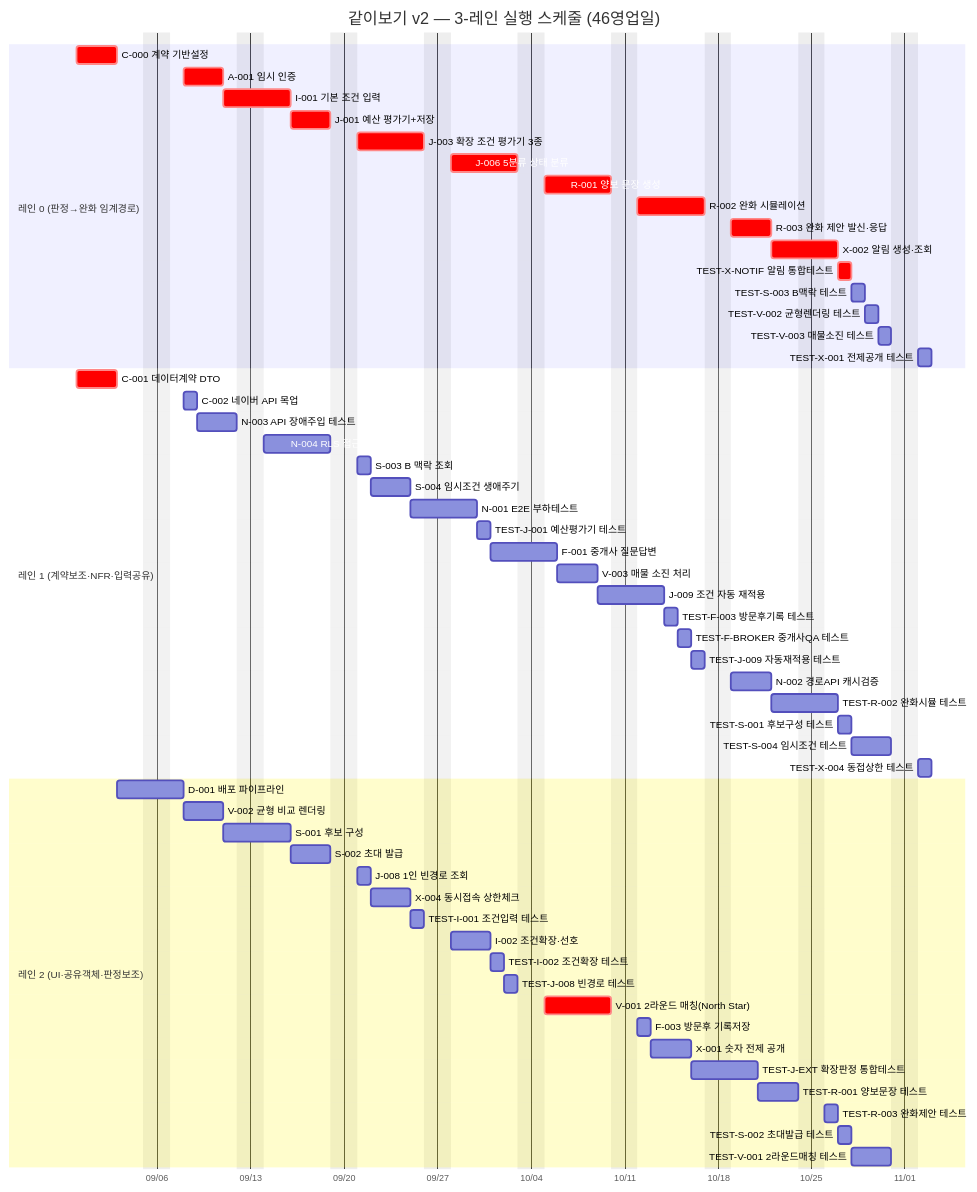
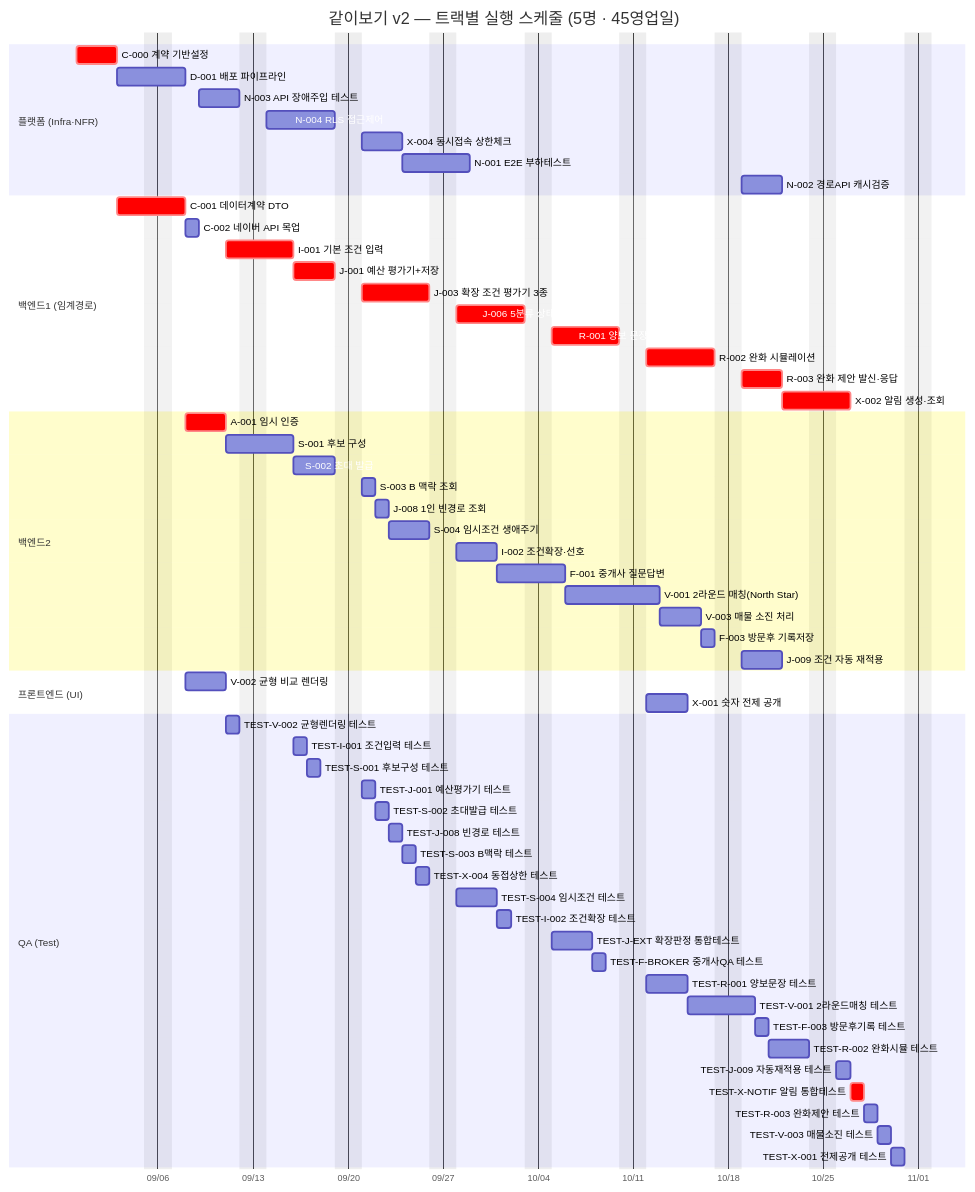
One commit to soobworks/SRS_project changed the fifth of 6 diagrams in SRS_project/tasks/v2/[총괄] 개발 실행 계획.md. Above: the diagram before and after it, drawn with Mermaid. The commit also changed other lines of this file and 1 other file, not shown here.

````diff
--- a/SRS_project/tasks/v2/[총괄] 개발 실행 계획.md
+++ b/SRS_project/tasks/v2/[총괄] 개발 실행 계획.md
@@ -342,65 +326,69 @@
 ```mermaid
 gantt
-    title 같이보기 v2 — 3-레인 실행 스케줄 (46영업일)
+    title 같이보기 v2 — 트랙별 실행 스케줄 (5명 · 45영업일)
     dateFormat YYYY-MM-DD
     axisFormat %m/%d
     excludes weekends
 
-    section 레인 0 (판정→완화 임계경로)
+    section 플랫폼 (Infra·NFR)
     C-000 계약 기반설정        :crit, 2026-08-31, 3d
-    A-001 임시 인증             :crit, 2026-09-08, 3d
+    D-001 배포 파이프라인      :2026-09-03, 3d
+    N-003 API 장애주입 테스트  :2026-09-09, 3d
+    N-004 RLS 접근제어         :2026-09-14, 5d
+    X-004 동시접속 상한체크    :2026-09-21, 3d
+    N-001 E2E 부하테스트       :2026-09-24, 3d
+    N-002 경로API 캐시검증     :2026-10-19, 3d
+
+    section 백엔드1 (임계경로)
+    C-001 데이터계약 DTO       :crit, 2026-09-03, 3d
+    C-002 네이버 API 목업      :2026-09-08, 1d
     I-001 기본 조건 입력        :crit, 2026-09-11, 3d
     J-001 예산 평가기+저장      :crit, 2026-09-16, 3d
     J-003 확장 조건 평가기 3종  :crit, 2026-09-21, 5d
     J-006 5분류 상태 분류       :crit, 2026-09-28, 5d
     R-001 양보 문장 생성        :crit, 2026-10-05, 5d
     R-002 완화 시뮬레이션       :crit, 2026-10-12, 5d
     R-003 완화 제안 발신·응답   :crit, 2026-10-19, 3d
     X-002 알림 생성·조회        :crit, 2026-10-22, 3d
-    TEST-X-NOTIF 알림 통합테스트 :crit, 2026-10-27, 1d
-    TEST-S-003 B맥락 테스트     :2026-10-28, 1d
-    TEST-V-002 균형렌더링 테스트 :2026-10-29, 1d
-    TEST-V-003 매물소진 테스트  :2026-10-30, 1d
-    TEST-X-001 전제공개 테스트  :2026-11-02, 1d
 
-    section 레인 1 (계약보조·NFR·입력공유)
-    C-001 데이터계약 DTO       :crit, 2026-08-31, 3d
-    C-002 네이버 API 목업      :2026-09-08, 1d
-    N-003 API 장애주입 테스트  :2026-09-09, 3d
-    N-004 RLS 접근제어         :2026-09-14, 5d
-    S-003 B 맥락 조회          :2026-09-21, 1d
-    S-004 임시조건 생애주기    :2026-09-22, 3d
-    N-001 E2E 부하테스트       :2026-09-25, 3d
-    TEST-J-001 예산평가기 테스트 :2026-09-30, 1d
-    F-001 중개사 질문답변      :2026-10-01, 3d
-    V-003 매물 소진 처리       :2026-10-06, 3d
-    J-009 조건 자동 재적용     :2026-10-09, 3d
-    TEST-F-003 방문후기록 테스트 :2026-10-14, 1d
-    TEST-F-BROKER 중개사QA 테스트 :2026-10-15, 1d
-    TEST-J-009 자동재적용 테스트 :2026-10-16, 1d
-    N-002 경로API 캐시검증     :2026-10-19, 3d
-    TEST-R-002 완화시뮬 테스트 :2026-10-22, 3d
-    TEST-S-001 후보구성 테스트 :2026-10-27, 1d
-    TEST-S-004 임시조건 테스트 :2026-10-28, 3d
-    TEST-X-004 동접상한 테스트 :2026-11-02, 1d
-
-    section 레인 2 (UI·공유객체·판정보조)
-    D-001 배포 파이프라인      :2026-09-03, 3d
-    V-002 균형 비교 렌더링     :2026-09-08, 3d
+    section 백엔드2
+    A-001 임시 인증             :crit, 2026-09-08, 3d
     S-001 후보 구성            :2026-09-11, 3d
     S-002 초대 발급            :2026-09-16, 3d
-    J-008 1인 빈경로 조회      :2026-09-21, 1d
-    X-004 동시접속 상한체크    :2026-09-22, 3d
-    TEST-I-001 조건입력 테스트 :2026-09-25, 1d
+    S-003 B 맥락 조회          :2026-09-21, 1d
+    J-008 1인 빈경로 조회      :2026-09-22, 1d
+    S-004 임시조건 생애주기    :2026-09-23, 3d
     I-002 조건확장·선호        :2026-09-28, 3d
+    F-001 중개사 질문답변      :2026-10-01, 3d
+    V-001 2라운드 매칭(North Star) :2026-10-06, 5d
+    V-003 매물 소진 처리       :2026-10-13, 3d
+    F-003 방문후 기록저장      :2026-10-16, 1d
+    J-009 조건 자동 재적용     :2026-10-19, 3d
+
+    section 프론트엔드 (UI)
+    V-002 균형 비교 렌더링     :2026-09-08, 3d
+    X-001 숫자 전제 공개       :2026-10-12, 3d
+
+    section QA (Test)
+    TEST-V-002 균형렌더링 테스트 :2026-09-11, 1d
+    TEST-I-001 조건입력 테스트 :2026-09-16, 1d
+    TEST-S-001 후보구성 테스트 :2026-09-17, 1d
+    TEST-J-001 예산평가기 테스트 :2026-09-21, 1d
+    TEST-S-002 초대발급 테스트 :2026-09-22, 1d
+    TEST-J-008 빈경로 테스트   :2026-09-23, 1d
+    TEST-S-003 B맥락 테스트     :2026-09-24, 1d
+    TEST-X-004 동접상한 테스트 :2026-09-25, 1d
+    TEST-S-004 임시조건 테스트 :2026-09-28, 3d
     TEST-I-002 조건확장 테스트 :2026-10-01, 1d
-    TEST-J-008 빈경로 테스트   :2026-10-02, 1d
-    V-001 2라운드 매칭(North Star) :crit, 2026-10-05, 5d
-    F-003 방문후 기록저장      :2026-10-12, 1d
-    X-001 숫자 전제 공개       :2026-10-13, 3d
-    TEST-J-EXT 확장판정 통합테스트 :2026-10-16, 3d
-    TEST-R-001 양보문장 테스트 :2026-10-21, 3d
-    TEST-R-003 완화제안 테스트 :2026-10-26, 1d
-    TEST-S-002 초대발급 테스트 :2026-10-27, 1d
-    TEST-V-001 2라운드매칭 테스트 :2026-10-28, 3d
+    TEST-J-EXT 확장판정 통합테스트 :2026-10-05, 3d
+    TEST-F-BROKER 중개사QA 테스트 :2026-10-08, 1d
+    TEST-R-001 양보문장 테스트 :2026-10-12, 3d
+    TEST-V-001 2라운드매칭 테스트 :2026-10-15, 3d
+    TEST-F-003 방문후기록 테스트 :2026-10-20, 1d
+    TEST-R-002 완화시뮬 테스트 :2026-10-21, 3d
+    TEST-J-009 자동재적용 테스트 :2026-10-26, 1d
+    TEST-X-NOTIF 알림 통합테스트 :crit, 2026-10-27, 1d
+    TEST-R-003 완화제안 테스트 :2026-10-28, 1d
+    TEST-V-003 매물소진 테스트  :2026-10-29, 1d
+    TEST-X-001 전제공개 테스트  :2026-10-30, 1d
 ```
````
